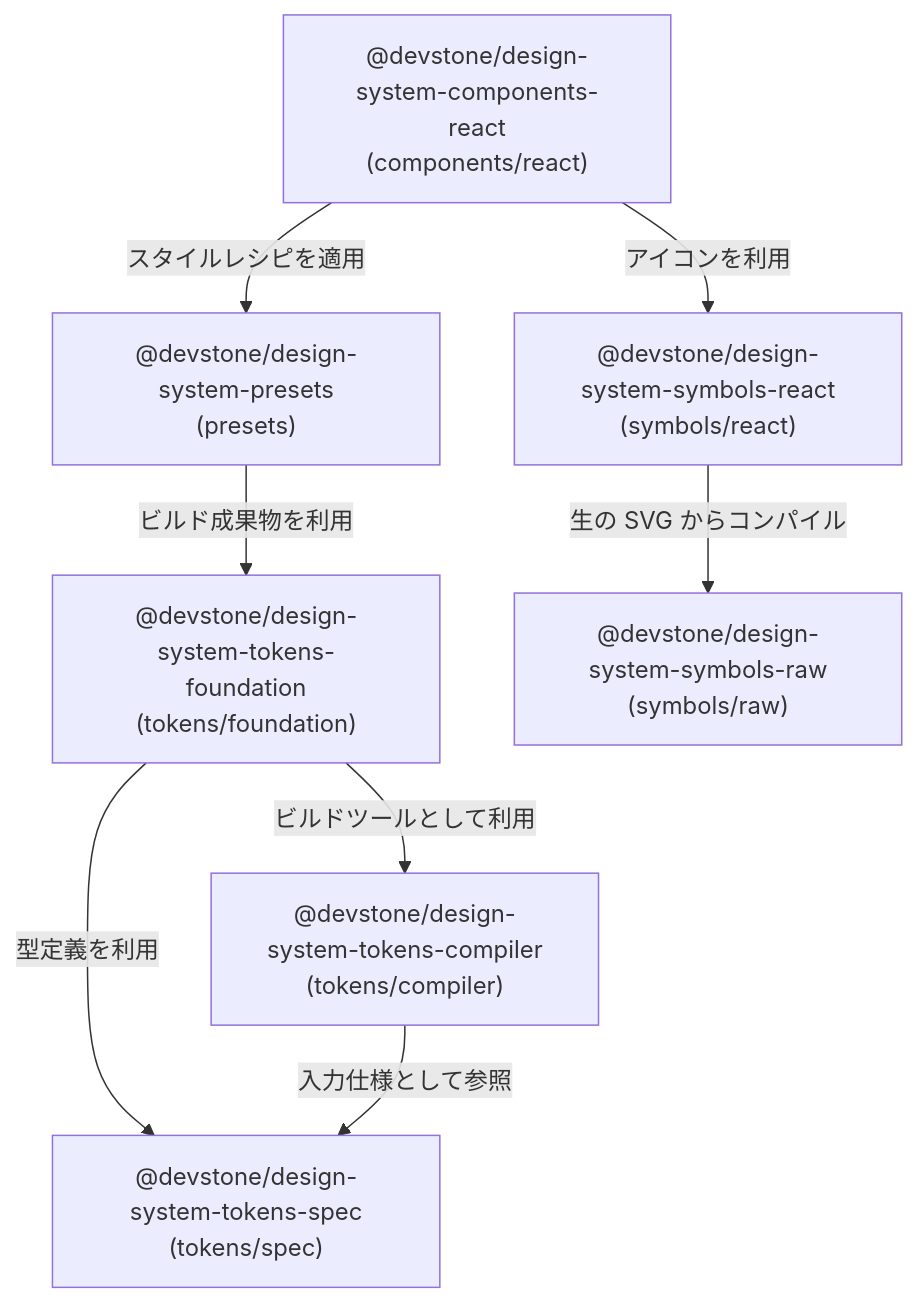
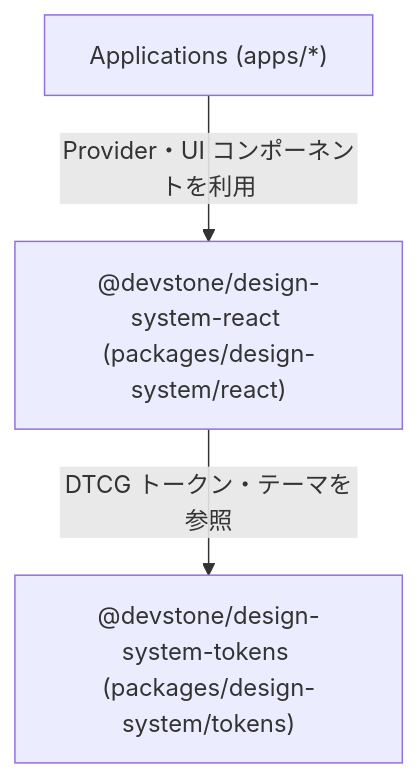
The first of 2 diagrams in packages/design-system/README.md (k-rf/devstone), drawn with Mermaid before and after one commit. The commit also changed other lines of this file, not shown here.

````diff
--- a/packages/design-system/README.md
+++ b/packages/design-system/README.md
@@ -34,23 +52,9 @@
 ```mermaid
 graph TD
-    %% 内部パッケージの定義
-    tokens-spec["@devstone/design-system-tokens-spec<br>(tokens/spec)"]
-    tokens-compiler["@devstone/design-system-tokens-compiler<br>(tokens/compiler)"]
-    tokens-foundation["@devstone/design-system-tokens-foundation<br>(tokens/foundation)"]
-    symbols-raw["@devstone/design-system-symbols-raw<br>(symbols/raw)"]
-    symbols-react["@devstone/design-system-symbols-react<br>(symbols/react)"]
-    presets["@devstone/design-system-presets<br>(presets)"]
-    components-react["@devstone/design-system-components-react<br>(components/react)"]
+    tokens["@devstone/design-system-tokens (packages/design-system/tokens)"]
+    react["@devstone/design-system-react (packages/design-system/react)"]
+    apps["Applications (apps/*)"]
 
-    %% 依存関係の定義
-    tokens-foundation -->|型定義を利用| tokens-spec
-    tokens-foundation -->|ビルドツールとして利用| tokens-compiler
-    tokens-compiler -->|入力仕様として参照| tokens-spec
-
-    symbols-react -->|生の SVG からコンパイル| symbols-raw
-
-    presets -->|ビルド成果物を利用| tokens-foundation
-
-    components-react -->|スタイルレシピを適用| presets
-    components-react -->|アイコンを利用| symbols-react
+    react -->|DTCG トークン・テーマを参照| tokens
+    apps -->|Provider・UI コンポーネントを利用| react
 ```
````
